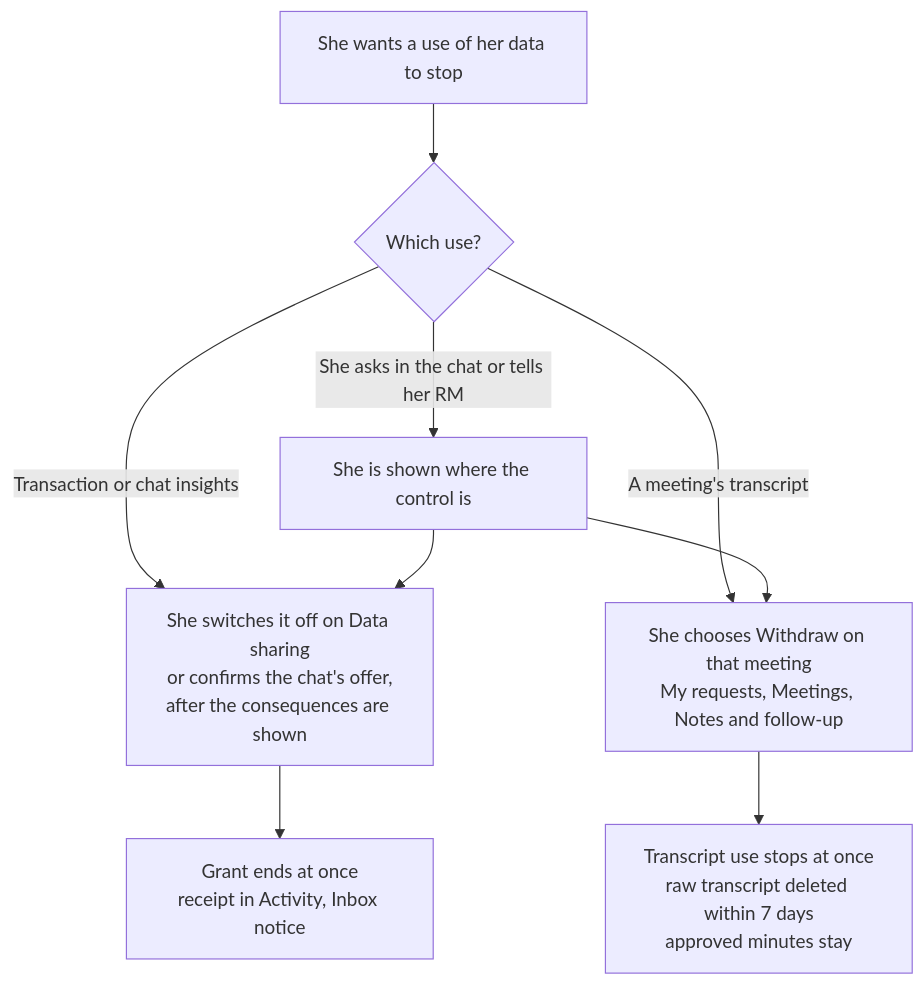
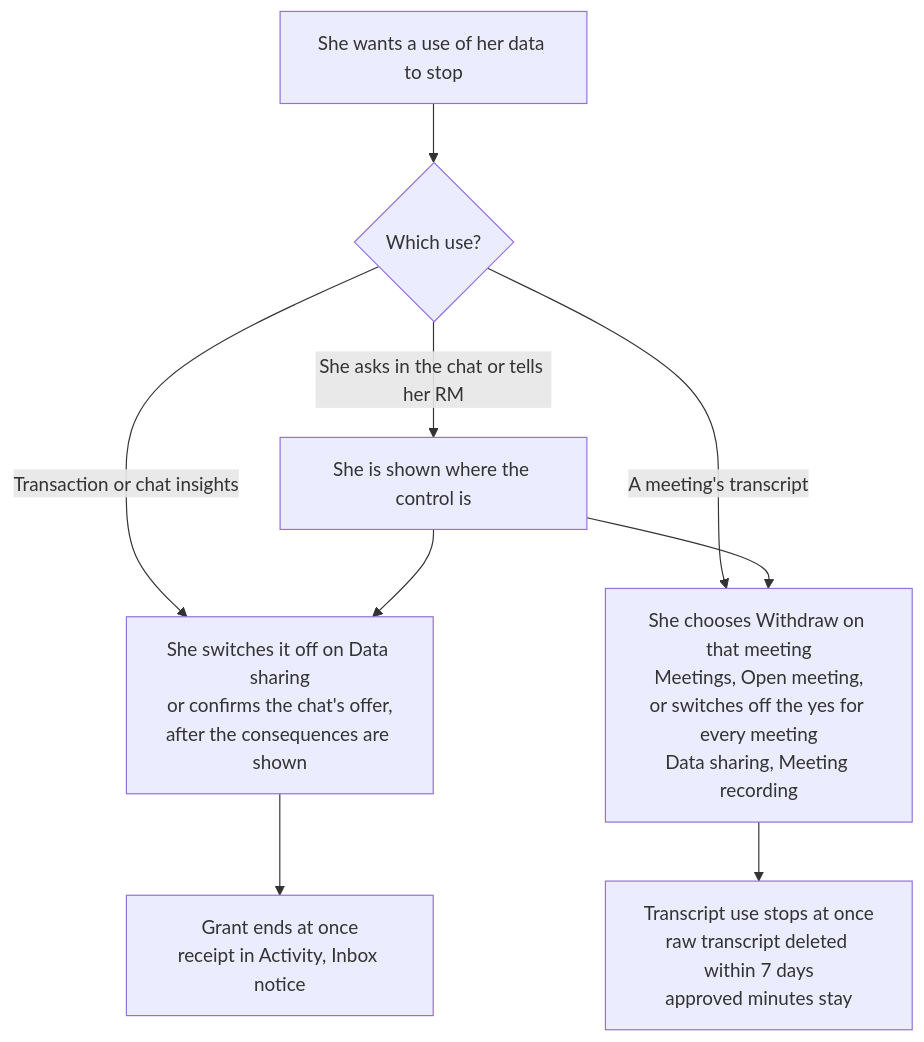
One commit to deniseLie/IS4000_Group7 changed the diagram in docs/pdpa-baseline.md. Above: the diagram before and after it, drawn with Mermaid. The commit also changed other lines of this file and 30 other files, not shown here.

````diff
--- a/docs/pdpa-baseline.md
+++ b/docs/pdpa-baseline.md
@@ -85,11 +85,11 @@
 ```mermaid
 flowchart TD
   A[She wants a use of her data to stop] --> B{Which use?}
   B -- "Transaction or chat insights" --> C[She switches it off on Data sharing<br/>or confirms the chat's offer,<br/>after the consequences are shown]
   C --> D[Grant ends at once<br/>receipt in Activity, Inbox notice]
-  B -- "A meeting's transcript" --> E[She chooses Withdraw on that meeting<br/>My requests, Meetings, Notes and follow-up]
+  B -- "A meeting's transcript" --> E[She chooses Withdraw on that meeting<br/>Meetings, Open meeting,<br/>or switches off the yes for every meeting<br/>Data sharing, Meeting recording]
   E --> F[Transcript use stops at once<br/>raw transcript deleted within 7 days<br/>approved minutes stay]
   B -- "She asks in the chat or tells her RM" --> G[She is shown where the control is]
   G --> C
   G --> E
 ```
````
